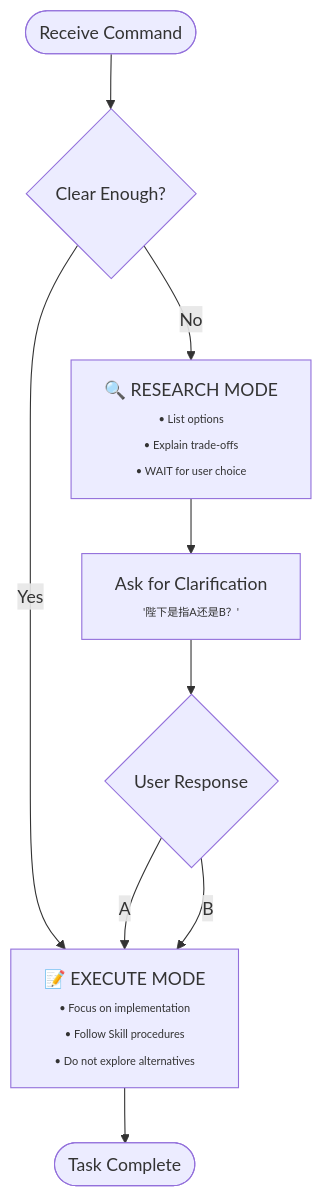
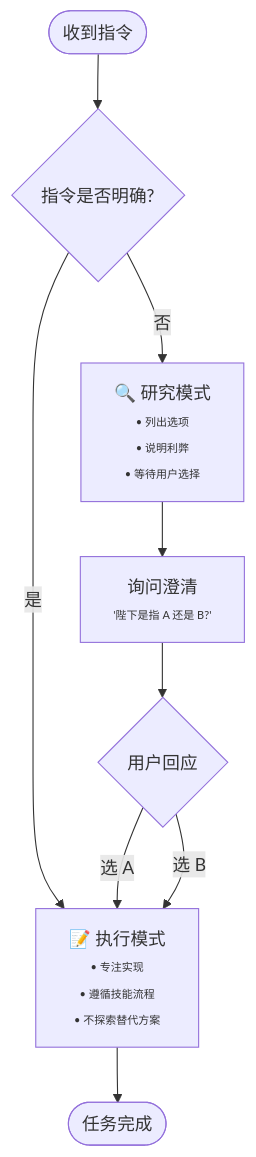
One commit to unlimblue/ai-toolbox changed the ninth of 13 diagrams in prompts/README.md. Above: the diagram before and after it, drawn with Mermaid. The commit also changed other lines of this file, not shown here.

````diff
--- a/prompts/README.md
+++ b/prompts/README.md
@@ -310,23 +312,23 @@
 ```mermaid
 flowchart TD
-    Start(["Receive Command"]) --> Clear{"Clear Enough?"}
+    Start(["收到指令"]) --> Clear{"指令是否明确?"}
     
-    Clear -->|Yes| Execute["📝 EXECUTE MODE
-    <span style='font-size:10px'>• Focus on implementation</span>
-    <span style='font-size:10px'>• Follow Skill procedures</span>
-    <span style='font-size:10px'>• Do not explore alternatives</span>"]
+    Clear -->|是| Execute["📝 执行模式
+    <span style='font-size:10px'>• 专注实现</span>
+    <span style='font-size:10px'>• 遵循技能流程</span>
+    <span style='font-size:10px'>• 不探索替代方案</span>"]
     
-    Clear -->|No| Research["🔍 RESEARCH MODE
-    <span style='font-size:10px'>• List options</span>
-    <span style='font-size:10px'>• Explain trade-offs</span>
-    <span style='font-size:10px'>• WAIT for user choice</span>"]
+    Clear -->|否| Research["🔍 研究模式
+    <span style='font-size:10px'>• 列出选项</span>
+    <span style='font-size:10px'>• 说明利弊</span>
+    <span style='font-size:10px'>• 等待用户选择</span>"]
     
-    Research --> Ask["Ask for Clarification
-    <span style='font-size:10px'>'陛下是指A还是B？'"]
+    Research --> Ask["询问澄清
+    <span style='font-size:10px'>'陛下是指 A 还是 B?'</span>"]
     
-    Ask --> UserResponse{User Response}
-    UserResponse -->|A| Execute
-    UserResponse -->|B| Execute
+    Ask --> UserResponse{用户回应}
+    UserResponse -->|选 A| Execute
+    UserResponse -->|选 B| Execute
     
-    Execute --> Complete([Task Complete])
+    Execute --> Complete([任务完成])
 ```
````
